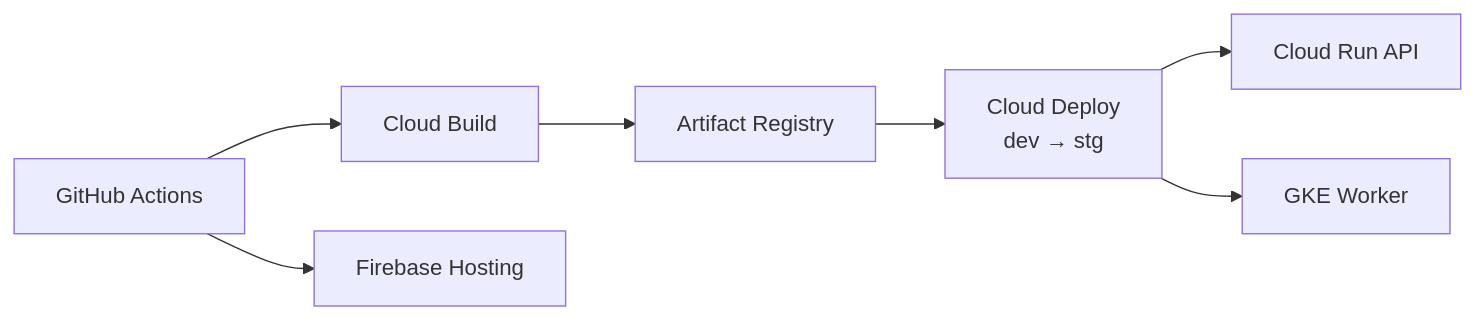
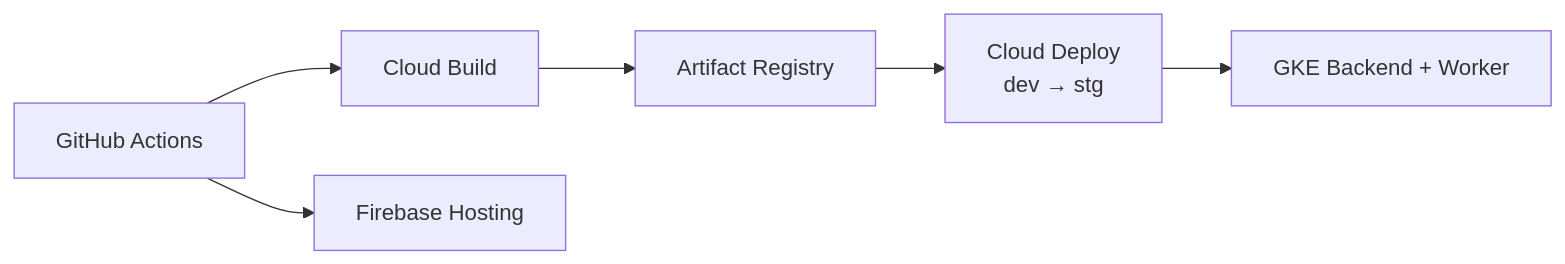
One commit to yongjiexue88/LearningAier changed the second of 4 diagrams in README.md. Above: the diagram before and after it, drawn with Mermaid. The commit also changed other lines of this file and 12 other files, not shown here.

````diff
--- a/README.md
+++ b/README.md
@@ -40,9 +43,8 @@
 ```mermaid
 flowchart LR
     GitHub[GitHub Actions] --> CB[Cloud Build]
     CB --> AR[Artifact Registry]
     AR --> CD[Cloud Deploy<br/>dev → stg]
-    CD --> Run[Cloud Run API]
-    CD --> GKE[GKE Worker]
+    CD --> GKE[GKE Backend + Worker]
     GitHub --> Hosting[Firebase Hosting]
 ```
````
